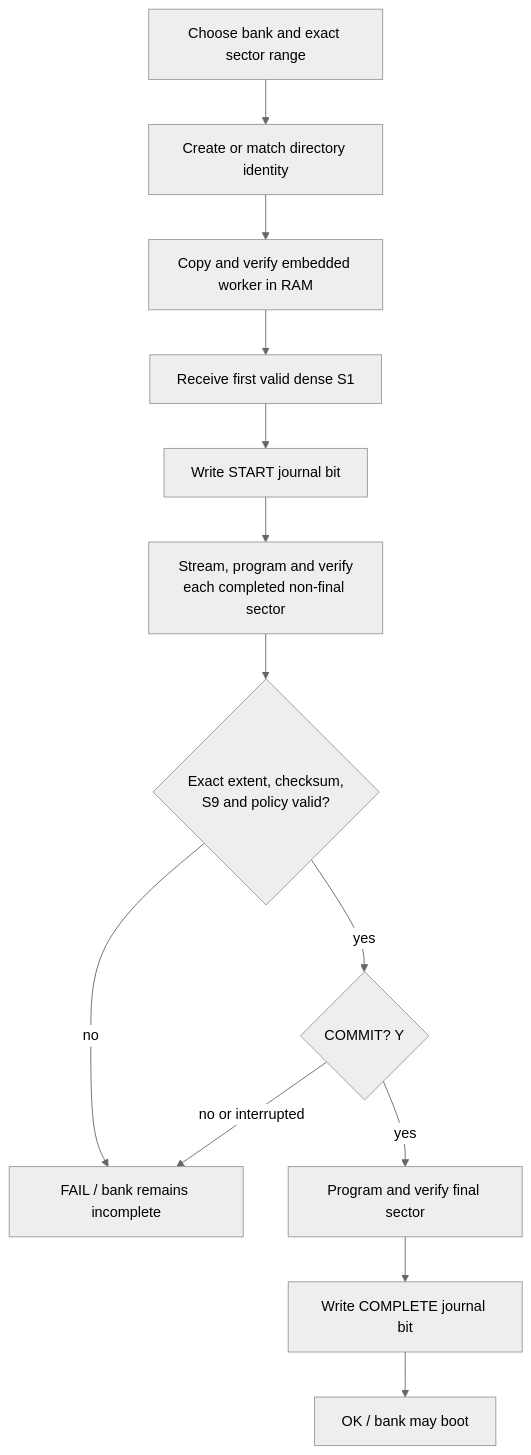
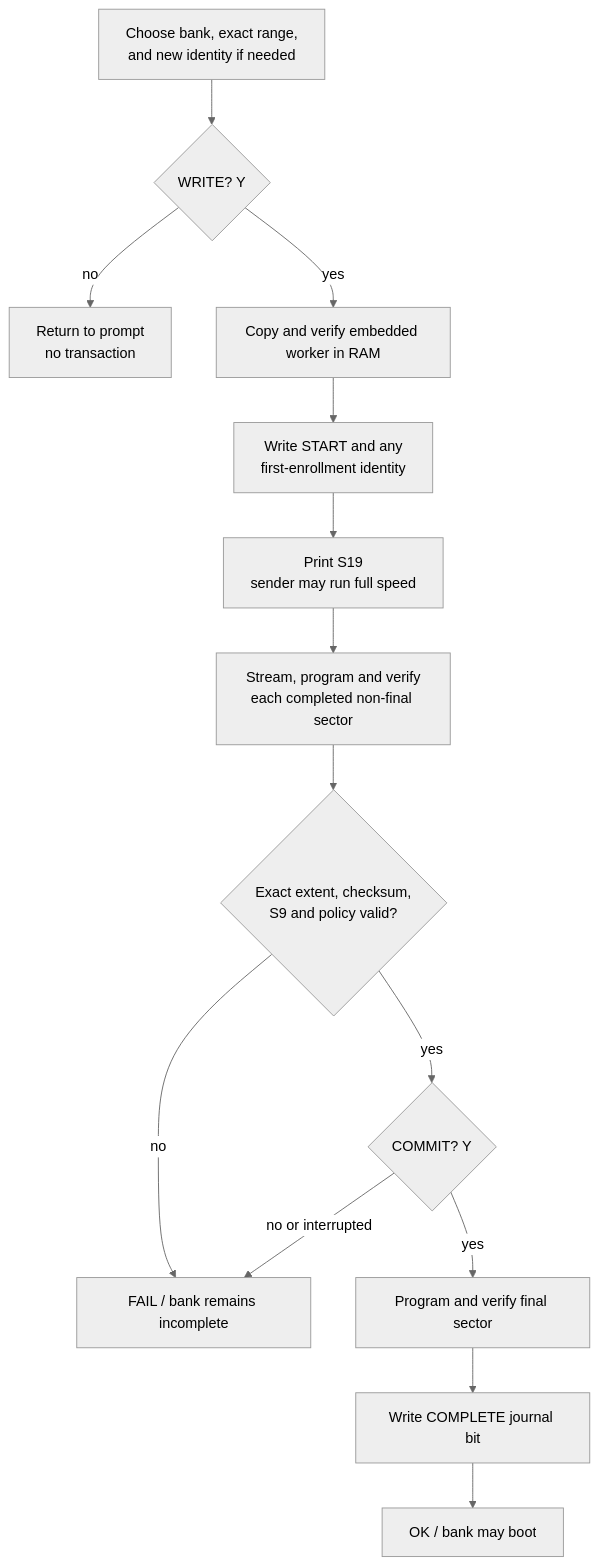
Before and after one commit to 95westus/STR8-N: the fifth of 11 diagrams in docs/MAPS.md, drawn with Mermaid (neutral theme). The commit also changed other lines of this file and 18 other files, not shown here.

````diff
--- a/docs/MAPS.md
+++ b/docs/MAPS.md
@@ -65,15 +94,16 @@
 ```mermaid
 flowchart TD
-    A[Choose bank and exact sector range] --> B[Create or match directory identity]
-    B --> D[Copy and verify embedded worker in RAM]
-    D --> E[Receive first valid dense S1]
-    E --> C[Write START journal bit]
-    C --> G[Stream, program and verify<br/>each completed non-final sector]
+    A[Choose bank, exact range,<br/>and new identity if needed] --> B{WRITE? Y}
+    B -->|no| Z[Return to prompt<br/>no transaction]
+    B -->|yes| D[Copy and verify embedded worker in RAM]
+    D --> C[Write START and any<br/>first-enrollment identity]
+    C --> E[Print S19<br/>sender may run full speed]
+    E --> G[Stream, program and verify<br/>each completed non-final sector]
     G --> F{Exact extent, checksum,<br/>S9 and policy valid?}
     F -->|no| X[FAIL / bank remains incomplete]
     F -->|yes| H{COMMIT? Y}
     H -->|no or interrupted| X
     H -->|yes| K[Program and verify final sector]
     K --> L[Write COMPLETE journal bit]
     L --> O[OK / bank may boot]
 ```
````
